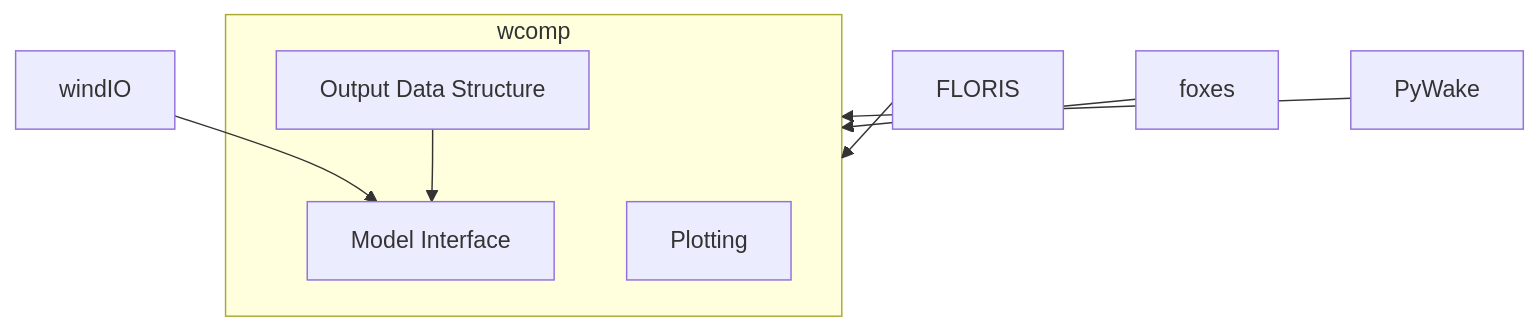
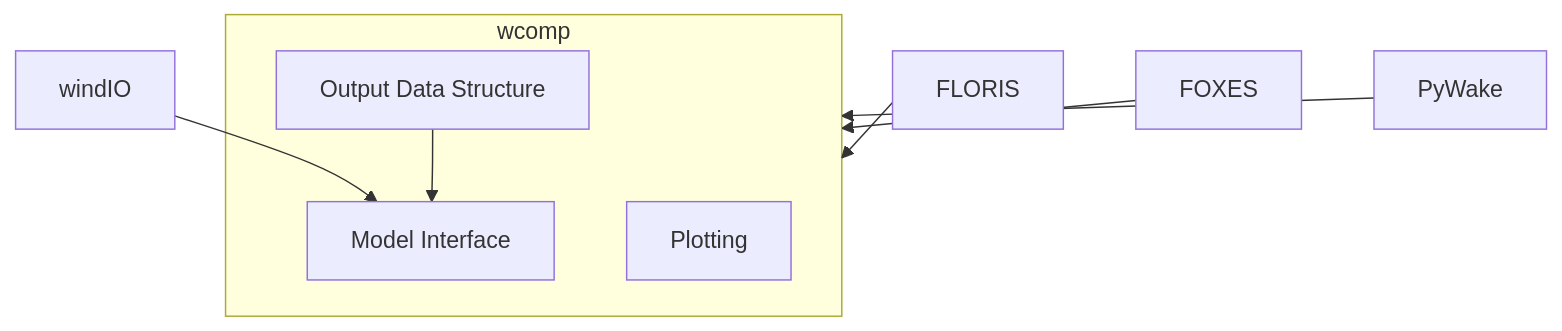
Before and after one commit to rafmudaf/wcomp: the diagram in README.md, drawn with Mermaid. The commit also changed 7 other files, not shown here.

````diff
--- a/README.md
+++ b/README.md
@@ -69,19 +69,19 @@
 ```mermaid
 graph TD
     L["FLORIS"]
-    M["foxes"]
+    M["FOXES"]
     N["PyWake"]
 
     A["windIO"]
     subgraph a[wcomp]
         B["Model Interface"]
         C["Output Data Structure"]
         D["Plotting"]
     end
 
     L --> a
     M --> a
     N --> a
     A --> B
     C --> B
 ```
````
